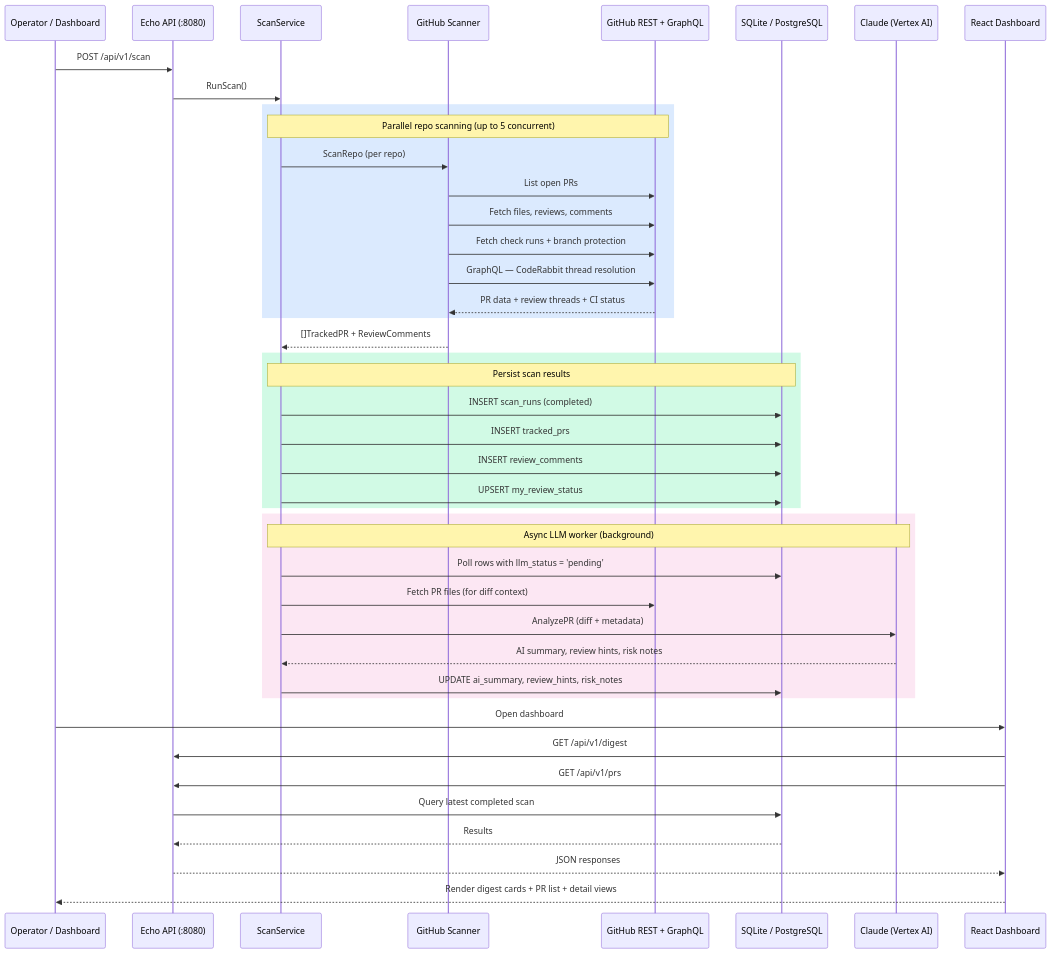
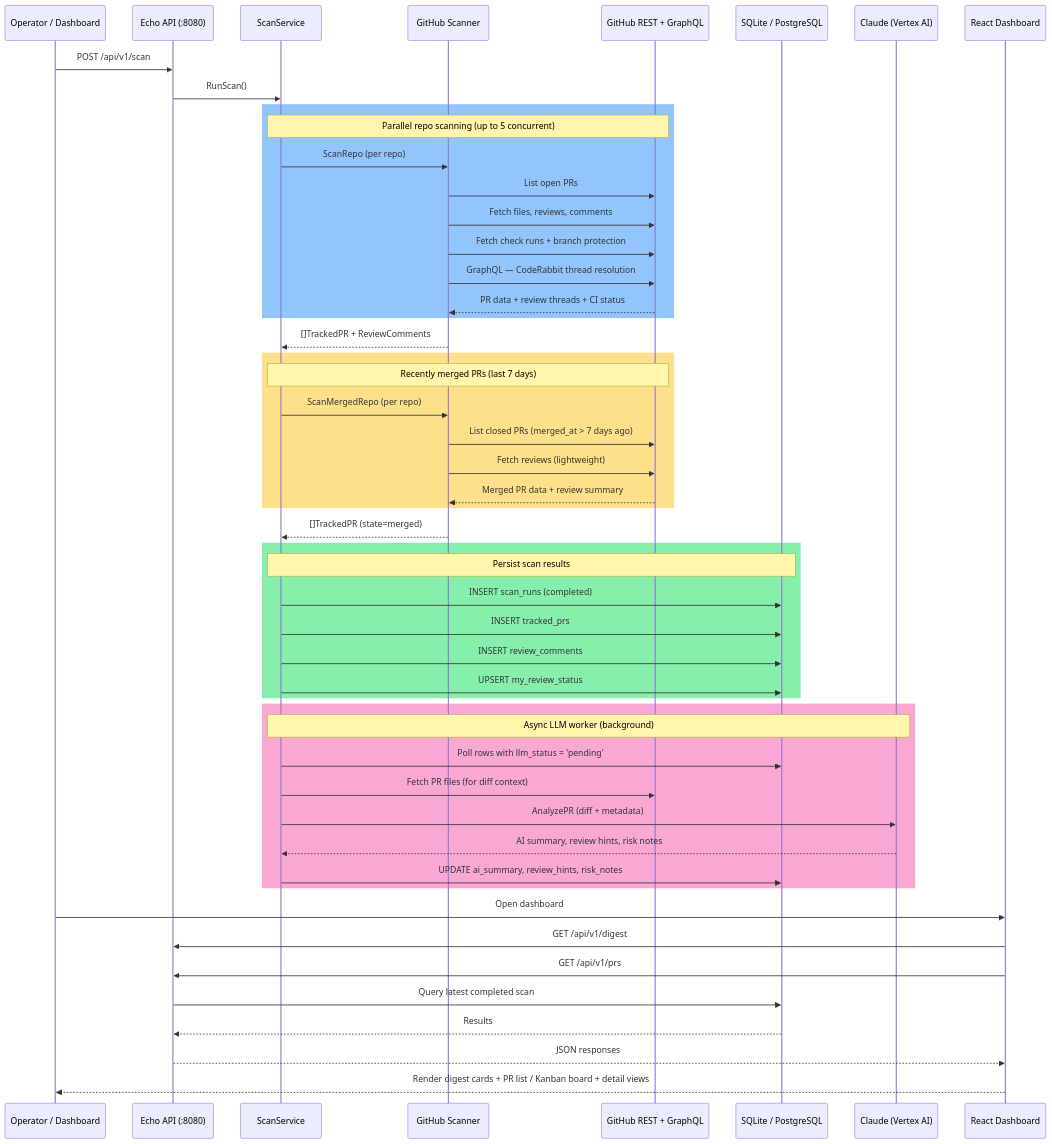
Before and after one commit to fbm3307/PR-Scout: the second of 3 diagrams in docs/architecture.md, drawn with Mermaid. The commit also changed other lines of this file and 15 other files, not shown here.

````diff
--- a/docs/architecture.md
+++ b/docs/architecture.md
@@ -80,51 +82,61 @@
 ```mermaid
 sequenceDiagram
     participant User as Operator / Dashboard
     participant API as Echo API (:8080)
     participant Scan as ScanService
     participant Scanner as GitHub Scanner
     participant GH as GitHub REST + GraphQL
     participant DB as SQLite / PostgreSQL
     participant LLM as Claude (Vertex AI)
     participant Dash as React Dashboard
 
     User->>API: POST /api/v1/scan
     API->>Scan: RunScan()
 
-    rect rgb(219, 234, 254)
+    rect rgb(147, 197, 253)
         Note over Scan,GH: Parallel repo scanning (up to 5 concurrent)
         Scan->>Scanner: ScanRepo (per repo)
         Scanner->>GH: List open PRs
         Scanner->>GH: Fetch files, reviews, comments
         Scanner->>GH: Fetch check runs + branch protection
         Scanner->>GH: GraphQL — CodeRabbit thread resolution
         GH-->>Scanner: PR data + review threads + CI status
     end
 
     Scanner-->>Scan: []TrackedPR + ReviewComments
 
-    rect rgb(209, 250, 229)
+    rect rgb(253, 224, 137)
+        Note over Scan,GH: Recently merged PRs (last 7 days)
+        Scan->>Scanner: ScanMergedRepo (per repo)
+        Scanner->>GH: List closed PRs (merged_at > 7 days ago)
+        Scanner->>GH: Fetch reviews (lightweight)
+        GH-->>Scanner: Merged PR data + review summary
+    end
+
+    Scanner-->>Scan: []TrackedPR (state=merged)
+
+    rect rgb(134, 239, 172)
         Note over Scan,DB: Persist scan results
         Scan->>DB: INSERT scan_runs (completed)
         Scan->>DB: INSERT tracked_prs
         Scan->>DB: INSERT review_comments
         Scan->>DB: UPSERT my_review_status
     end
 
-    rect rgb(252, 231, 243)
+    rect rgb(249, 168, 212)
         Note over Scan,LLM: Async LLM worker (background)
         Scan->>DB: Poll rows with llm_status = 'pending'
         Scan->>GH: Fetch PR files (for diff context)
         Scan->>LLM: AnalyzePR (diff + metadata)
         LLM-->>Scan: AI summary, review hints, risk notes
         Scan->>DB: UPDATE ai_summary, review_hints, risk_notes
     end
 
     User->>Dash: Open dashboard
     Dash->>API: GET /api/v1/digest
     Dash->>API: GET /api/v1/prs
     API->>DB: Query latest completed scan
     DB-->>API: Results
     API-->>Dash: JSON responses
-    Dash-->>User: Render digest cards + PR list + detail views
+    Dash-->>User: Render digest cards + PR list / Kanban board + detail views
 ```
````
